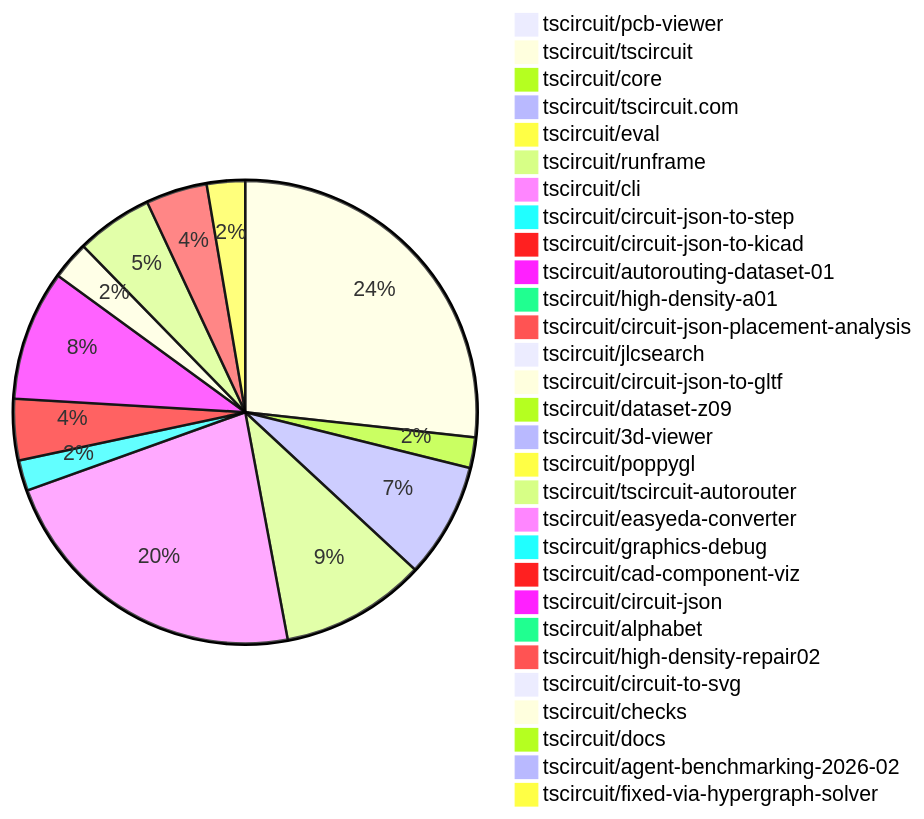
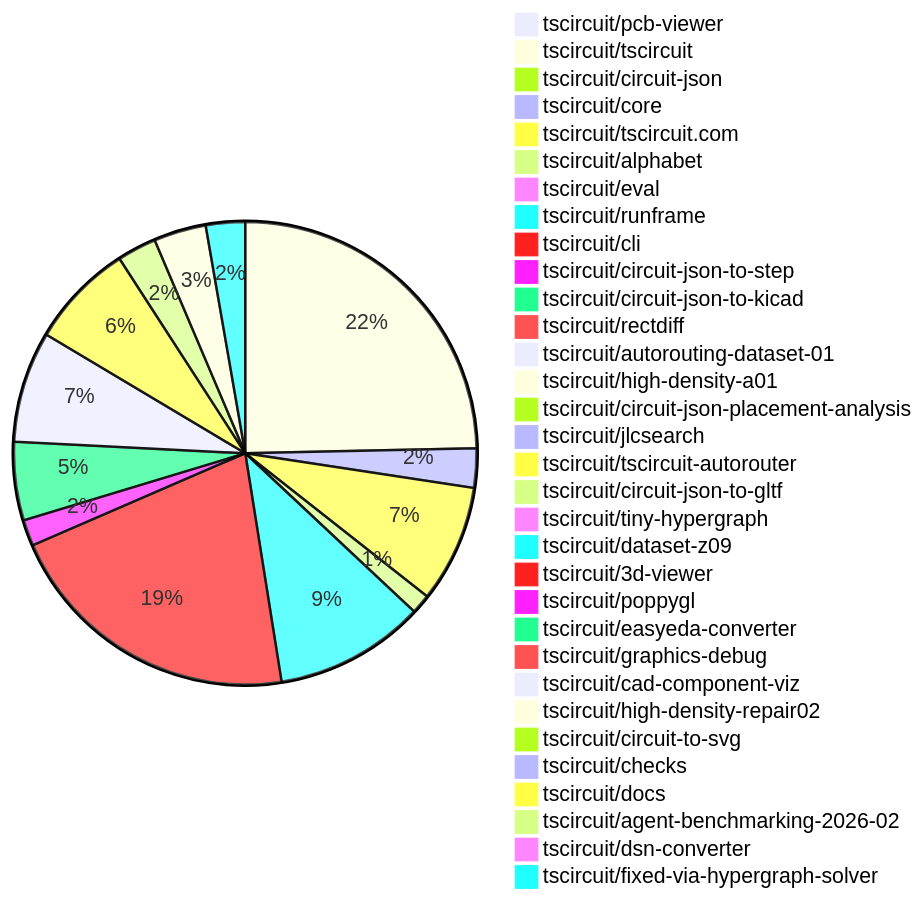
One commit to tscircuit/contribution-tracker changed the diagram in README.md. Above: the diagram before and after it, drawn with Mermaid. The commit also changed other lines of this file and 3 other files, not shown here.

````diff
--- a/README.md
+++ b/README.md
@@ -30,32 +30,35 @@
 ```mermaid
 pie
     "tscircuit/pcb-viewer" : 2
-    "tscircuit/tscircuit" : 50
-    "tscircuit/core" : 4
-    "tscircuit/tscircuit.com" : 15
+    "tscircuit/tscircuit" : 54
+    "tscircuit/circuit-json" : 2
+    "tscircuit/core" : 6
+    "tscircuit/tscircuit.com" : 18
+    "tscircuit/alphabet" : 3
     "tscircuit/eval" : 2
-    "tscircuit/runframe" : 19
-    "tscircuit/cli" : 42
+    "tscircuit/runframe" : 23
+    "tscircuit/cli" : 46
     "tscircuit/circuit-json-to-step" : 4
-    "tscircuit/circuit-json-to-kicad" : 8
+    "tscircuit/circuit-json-to-kicad" : 12
+    "tscircuit/rectdiff" : 2
     "tscircuit/autorouting-dataset-01" : 17
     "tscircuit/high-density-a01" : 2
     "tscircuit/circuit-json-placement-analysis" : 2
     "tscircuit/jlcsearch" : 2
-    "tscircuit/circuit-json-to-gltf" : 5
+    "tscircuit/tscircuit-autorouter" : 16
+    "tscircuit/circuit-json-to-gltf" : 6
+    "tscircuit/tiny-hypergraph" : 2
     "tscircuit/dataset-z09" : 1
     "tscircuit/3d-viewer" : 1
     "tscircuit/poppygl" : 1
-    "tscircuit/tscircuit-autorouter" : 10
     "tscircuit/easyeda-converter" : 1
     "tscircuit/graphics-debug" : 1
     "tscircuit/cad-component-viz" : 1
-    "tscircuit/circuit-json" : 1
-    "tscircuit/alphabet" : 1
     "tscircuit/high-density-repair02" : 8
-    "tscircuit/circuit-to-svg" : 1
+    "tscircuit/circuit-to-svg" : 2
     "tscircuit/checks" : 1
     "tscircuit/docs" : 1
     "tscircuit/agent-benchmarking-2026-02" : 1
-    "tscircuit/fixed-via-hypergraph-solver" : 5
+    "tscircuit/dsn-converter" : 1
+    "tscircuit/fixed-via-hypergraph-solver" : 6
 ```
````
